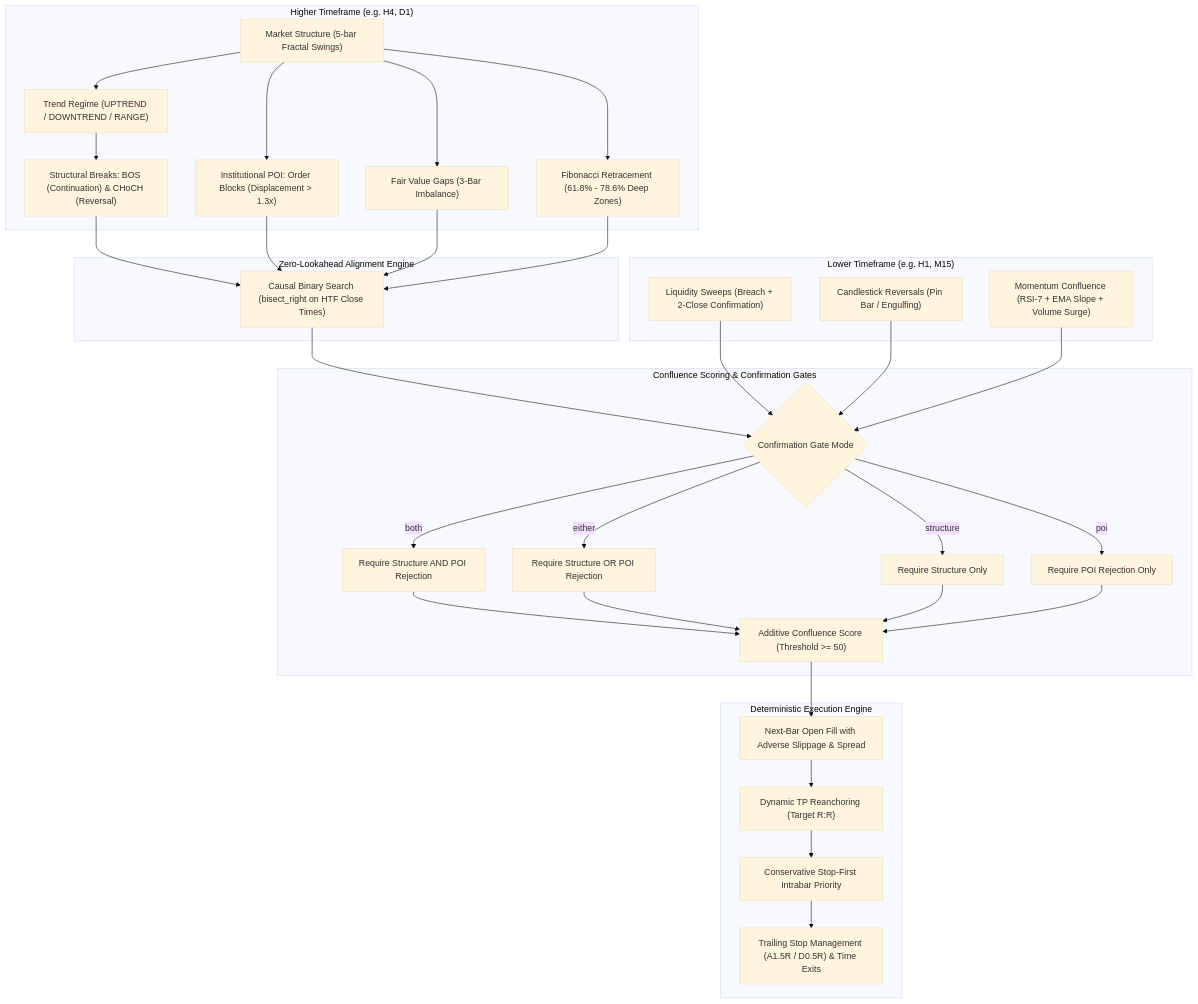
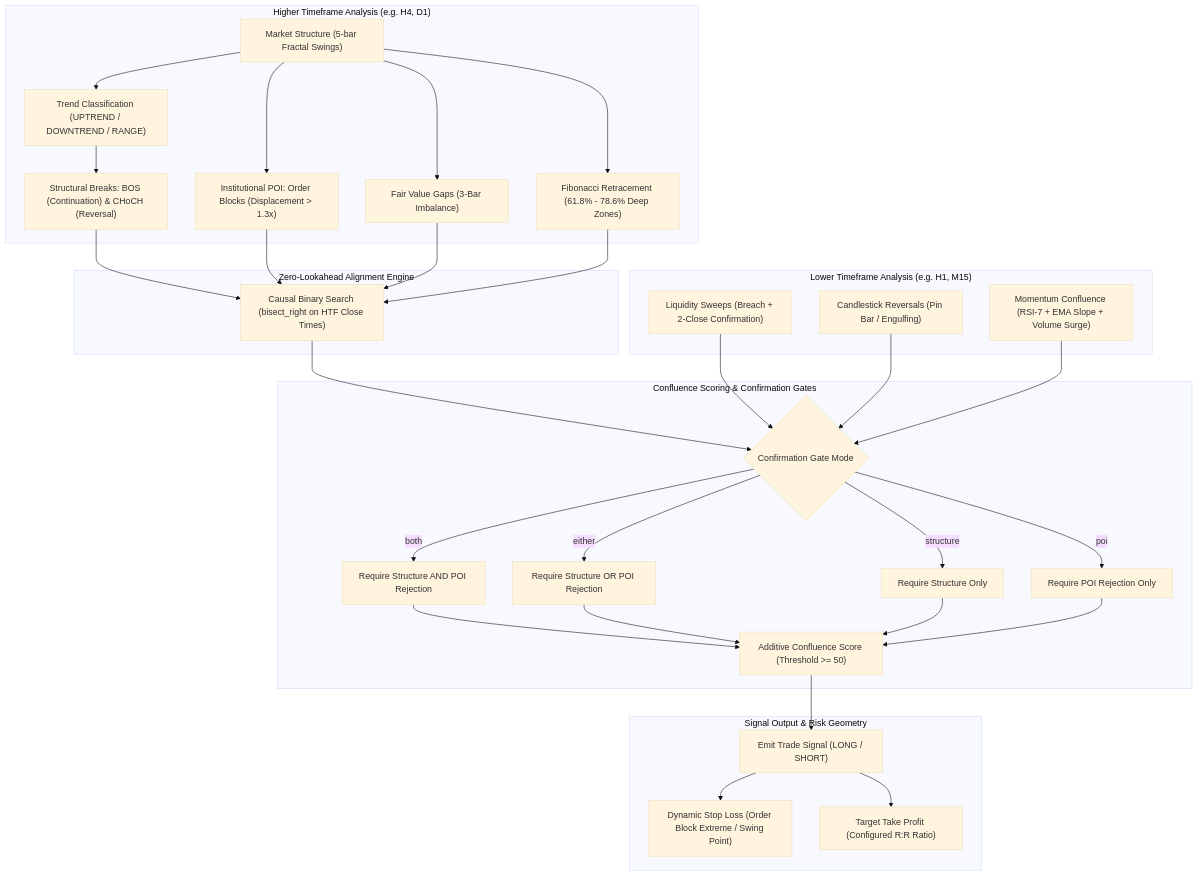
One commit to phancongdong/smc-mtf changed the diagram in README.md. Above: the diagram before and after it, drawn with Mermaid (base theme). The commit also changed other lines of this file and 17 other files, not shown here.

Commit message:
Refactor: remove backtest engine, backtest runner, and datasets; focus purely on strategy mechanics and signal generation

````diff
--- a/README.md
+++ b/README.md
@@ -16,36 +16,35 @@
 ```mermaid
 flowchart TD
-    subgraph HTF["Higher Timeframe (e.g. H4, D1)"]
-        H1["Market Structure (5-bar Fractal Swings)"] --> H2["Trend Regime (UPTREND / DOWNTREND / RANGE)"]
+    subgraph HTF["Higher Timeframe Analysis (e.g. H4, D1)"]
+        H1["Market Structure (5-bar Fractal Swings)"] --> H2["Trend Classification (UPTREND / DOWNTREND / RANGE)"]
         H2 --> H3["Structural Breaks: BOS (Continuation) & CHoCH (Reversal)"]
         H1 --> H4["Institutional POI: Order Blocks (Displacement > 1.3x)"]
         H1 --> H5["Fair Value Gaps (3-Bar Imbalance)"]
         H1 --> H6["Fibonacci Retracement (61.8% - 78.6% Deep Zones)"]
     end
 
     subgraph SYNC["Zero-Lookahead Alignment Engine"]
         H3 & H4 & H5 & H6 --> S1["Causal Binary Search (bisect_right on HTF Close Times)"]
     end
 
-    subgraph LTF["Lower Timeframe (e.g. H1, M15)"]
+    subgraph LTF["Lower Timeframe Analysis (e.g. H1, M15)"]
         L1["Liquidity Sweeps (Breach + 2-Close Confirmation)"]
         L2["Candlestick Reversals (Pin Bar / Engulfing)"]
         L3["Momentum Confluence (RSI-7 + EMA Slope + Volume Surge)"]
     end
 
     subgraph ENGINE["Confluence Scoring & Confirmation Gates"]
         S1 & L1 & L2 & L3 --> C1{"Confirmation Gate Mode"}
         C1 -->|both| G1["Require Structure AND POI Rejection"]
         C1 -->|either| G2["Require Structure OR POI Rejection"]
         C1 -->|structure| G3["Require Structure Only"]
         C1 -->|poi| G4["Require POI Rejection Only"]
         G1 & G2 & G3 & G4 --> SCORE["Additive Confluence Score (Threshold >= 50)"]
     end
 
-    subgraph EXEC["Deterministic Execution Engine"]
-        SCORE --> E1["Next-Bar Open Fill with Adverse Slippage & Spread"]
-        E1 --> E2["Dynamic TP Reanchoring (Target R:R)"]
-        E2 --> E3["Conservative Stop-First Intrabar Priority"]
-        E3 --> E4["Trailing Stop Management (A1.5R / D0.5R) & Time Exits"]
+    subgraph SIGNAL["Signal Output & Risk Geometry"]
+        SCORE --> SIG["Emit Trade Signal (LONG / SHORT)"]
+        SIG --> SL["Dynamic Stop Loss (Order Block Extreme / Swing Point)"]
+        SIG --> TP["Target Take Profit (Configured R:R Ratio)"]
     end
 ```
````
